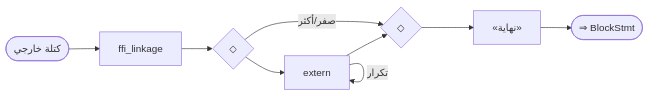
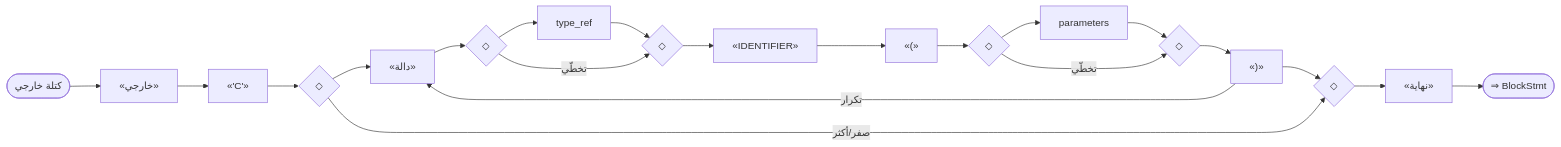
Diagram 39 of 55 in docs/parser_rule/_generated/60_advanced.md (sadlang/sadlang), drawn with Mermaid before and after one commit. The commit also changed other lines of this file and 49 other files, not shown here.

````diff
--- a/docs/parser_rule/_generated/60_advanced.md
+++ b/docs/parser_rule/_generated/60_advanced.md
@@ -1311,18 +1312,40 @@
 ```mermaid
 flowchart LR
   n1(["كتلة خارجي"])
-  n2["ffi_linkage"]
-  n3{"◇"}
+  n2["«خارجي»"]
+  n3["«'C'»"]
+  n2 --> n3
   n4{"◇"}
-  n5["extern"]
-  n3 --> n5
-  n5 --> n4
-  n5 -- "تكرار" --> n5
-  n3 -- "صفر/أكثر" --> n4
-  n2 --> n3
-  n6["«نهاية»"]
+  n5{"◇"}
+  n6["«دالة»"]
+  n7{"◇"}
+  n8{"◇"}
+  n9["type_ref"]
+  n7 --> n9
+  n9 --> n8
+  n7 -- "تخطّي" --> n8
+  n6 --> n7
+  n10["«IDENTIFIER»"]
+  n8 --> n10
+  n11["«(»"]
+  n10 --> n11
+  n12{"◇"}
+  n13{"◇"}
+  n14["parameters"]
+  n12 --> n14
+  n14 --> n13
+  n12 -- "تخطّي" --> n13
+  n11 --> n12
+  n15["«)»"]
+  n13 --> n15
   n4 --> n6
+  n15 --> n5
+  n15 -- "تكرار" --> n6
+  n4 -- "صفر/أكثر" --> n5
+  n3 --> n4
+  n16["«نهاية»"]
+  n5 --> n16
   n1 --> n2
-  n7(["⇒ BlockStmt"])
-  n6 --> n7
+  n17(["⇒ BlockStmt"])
+  n16 --> n17
 ```
````
